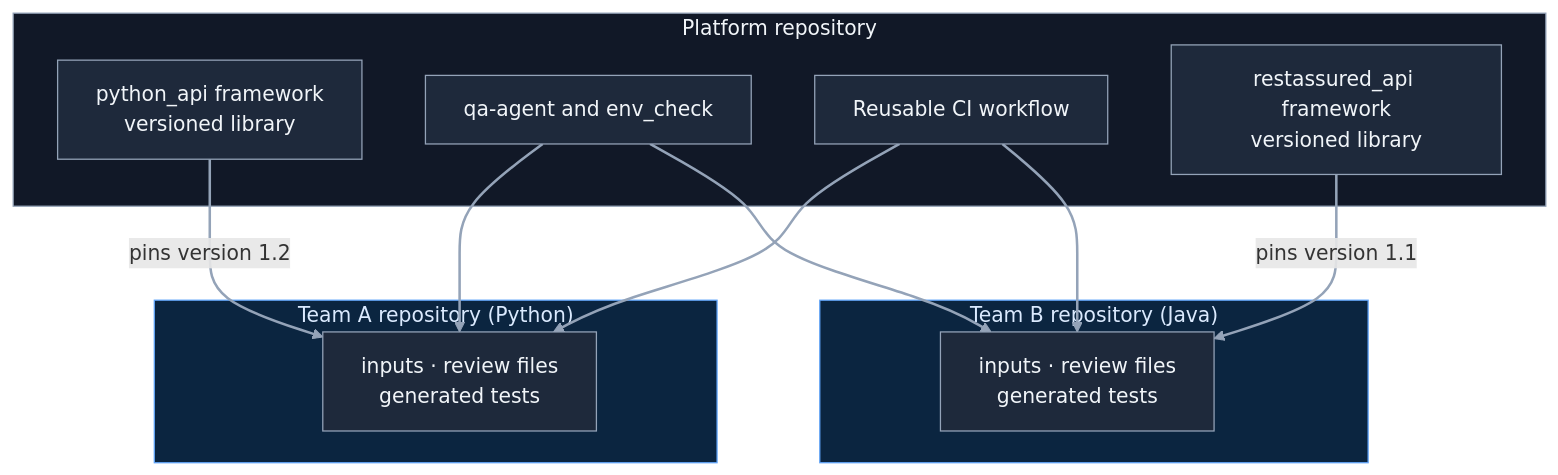
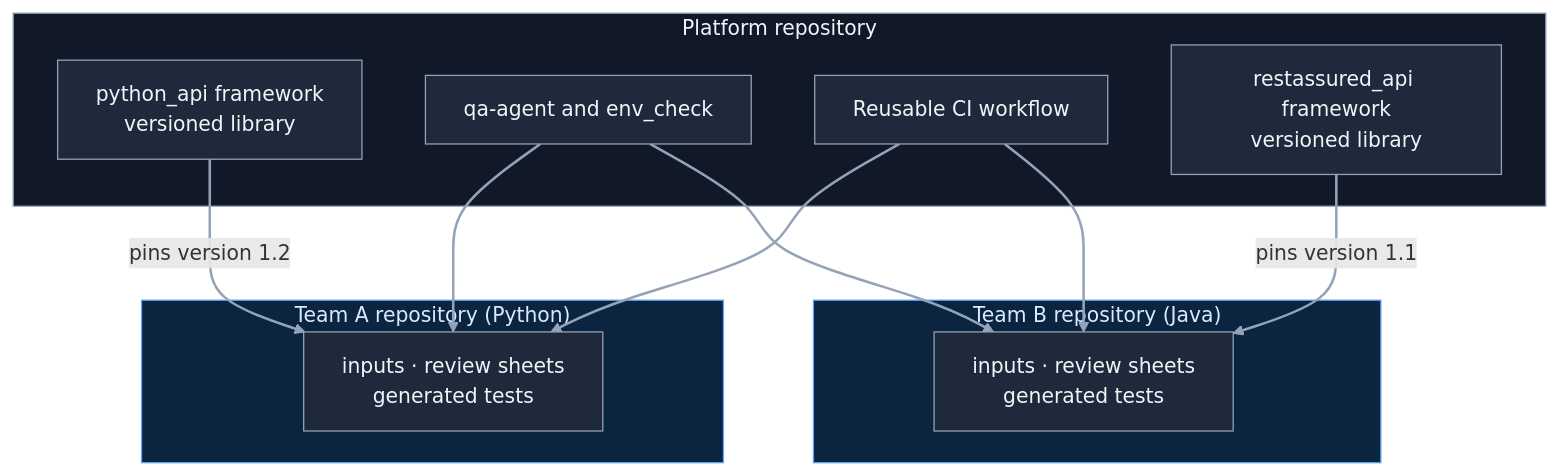
The fifth of 5 diagrams in docs/architecture.md (rahulsharma-qe/api-qa-agent), drawn with Mermaid before and after one commit. The commit also changed other lines of this file and 2 other files, not shown here.

Commit message:
Design for QA teams: TestNG, Allure, an Excel review sheet, smoke and priority, evidence, retry, Postman import, Cucumber in phase 3c

````diff
--- a/docs/architecture.md
+++ b/docs/architecture.md
@@ -230,27 +230,27 @@
 ```mermaid
 flowchart TB
   subgraph P["Platform repository"]
     FW1["python_api framework<br/>versioned library"]
     CLI2["qa-agent and env_check"]
     WF["Reusable CI workflow"]
     FW2["restassured_api framework<br/>versioned library"]
   end
   subgraph A["Team A repository (Python)"]
-    A1["inputs · review files<br/>generated tests"]
+    A1["inputs · review sheets<br/>generated tests"]
   end
   subgraph B["Team B repository (Java)"]
-    B1["inputs · review files<br/>generated tests"]
+    B1["inputs · review sheets<br/>generated tests"]
   end
   FW1 -->|"pins version 1.2"| A1
   FW2 -->|"pins version 1.1"| B1
   CLI2 --> A1
   CLI2 --> B1
   WF --> A1
   WF --> B1
   classDef box fill:#1e293b,stroke:#94a3b8,color:#f1f5f9
   class FW1,FW2,CLI2,WF,A1,B1 box
   style P fill:#111827,stroke:#94a3b8,color:#f1f5f9
   style A fill:#0b2540,stroke:#60a5fa,color:#dbeafe
   style B fill:#0b2540,stroke:#60a5fa,color:#dbeafe
   linkStyle default stroke:#94a3b8,stroke-width:2px
 ```
````
